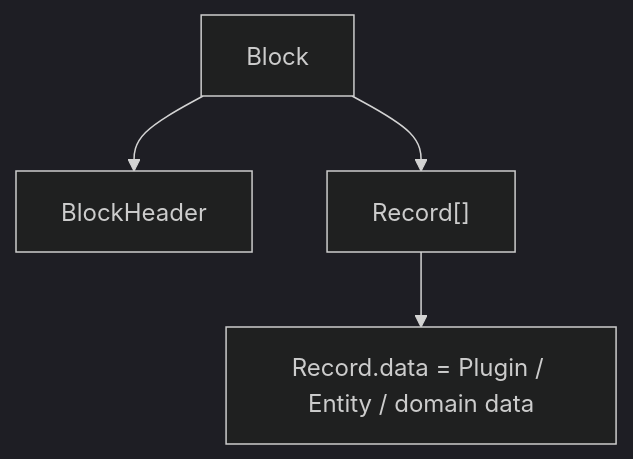
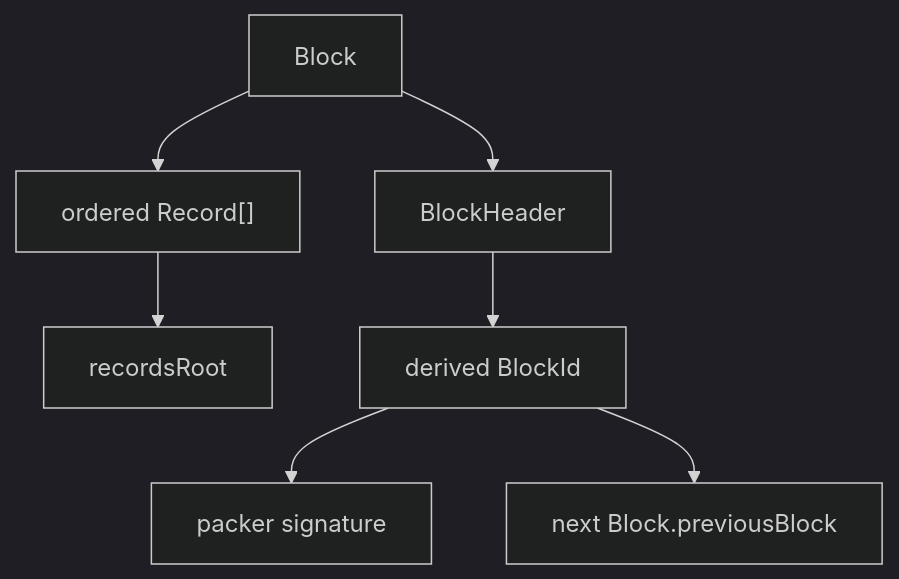
One commit to labourchain/core-plugins changed the diagram in docs/block.md. Above: the diagram before and after it, drawn with Mermaid (dark theme). The commit also changed other lines of this file and 3 other files, not shown here.

````diff
--- a/docs/block.md
+++ b/docs/block.md
@@ -45,8 +33,10 @@
 ```mermaid
 flowchart TB
     B["Block"]
     B --> H["BlockHeader"]
-    B --> R["Record[]"]
-
-    R --> P["Record.data = Plugin / Entity / domain data"]
+    B --> R["ordered Record[]"]
+    R --> M["recordsRoot"]
+    H --> I["derived BlockId"]
+    I --> S["packer signature"]
+    I --> N["next Block.previousBlock"]
 ```
````
